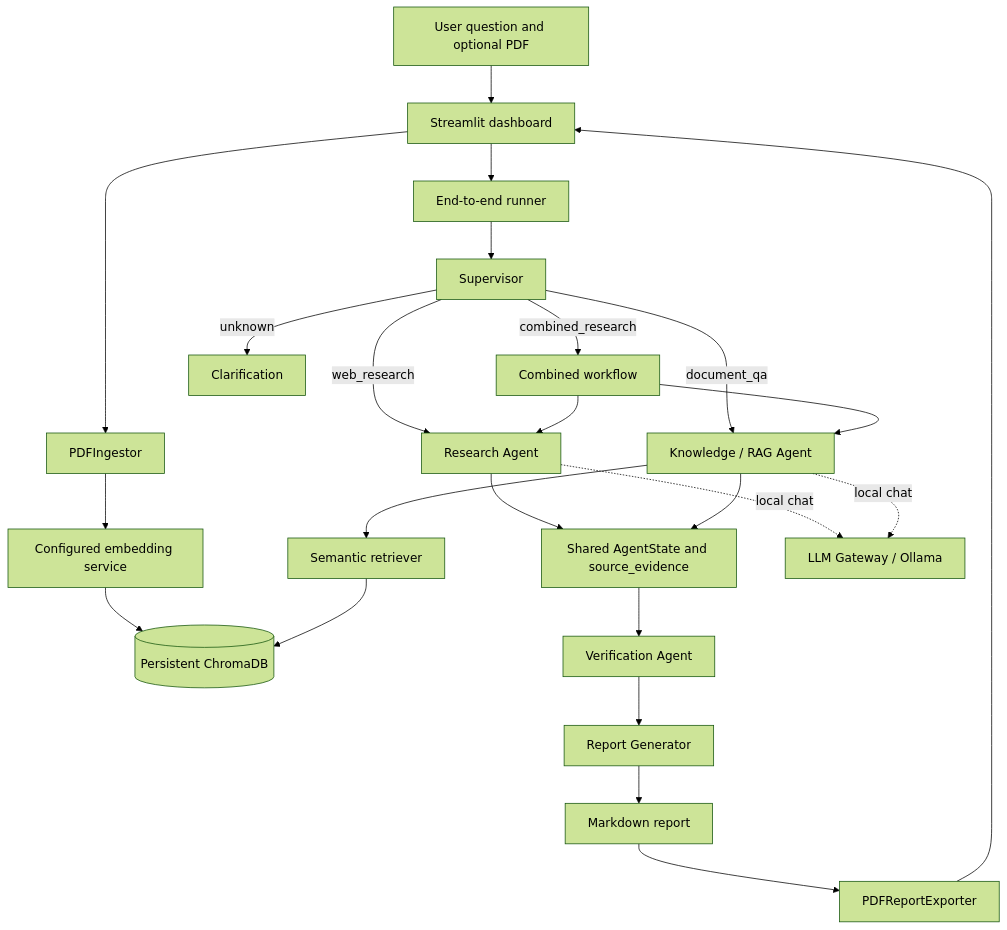
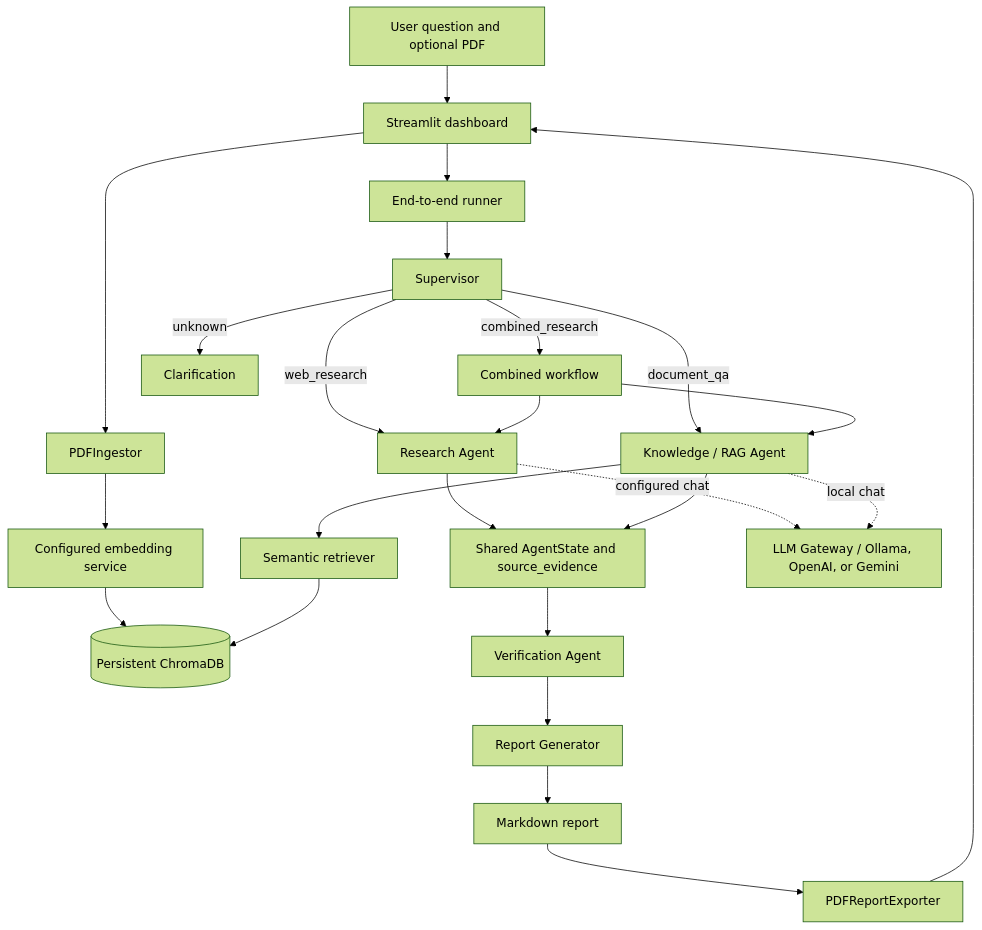
The diagram in README.md (CodeHub010/AgentX), drawn with Mermaid (forest theme) before and after one commit. The commit also changed other lines of this file and 27 other files, not shown here.

````diff
--- a/README.md
+++ b/README.md
@@ -36,26 +36,26 @@
 ```mermaid
 flowchart TD
     U[User question and optional PDF] --> UI[Streamlit dashboard]
     UI --> RUN[End-to-end runner]
     PDF[PDFIngestor] --> EMB[Configured embedding service]
     EMB --> DB[(Persistent ChromaDB)]
     UI --> PDF
     RUN --> SUP[Supervisor]
     SUP -->|web_research| WEB[Research Agent]
     SUP -->|document_qa| RAG[Knowledge / RAG Agent]
     SUP -->|combined_research| BOTH[Combined workflow]
     SUP -->|unknown| CLARIFY[Clarification]
     BOTH --> WEB
     BOTH --> RAG
     RAG --> RET[Semantic retriever]
     RET --> DB
     WEB --> STATE[Shared AgentState and source_evidence]
     RAG --> STATE
     STATE --> VERIFY[Verification Agent]
     VERIFY --> REPORT[Report Generator]
     REPORT --> MD[Markdown report]
     MD --> PDFOUT[PDFReportExporter]
     PDFOUT --> UI
-    WEB -. local chat .-> LLM[LLM Gateway / Ollama]
+    WEB -. configured chat .-> LLM[LLM Gateway / Ollama, OpenAI, or Gemini]
     RAG -. local chat .-> LLM
 ```
````
